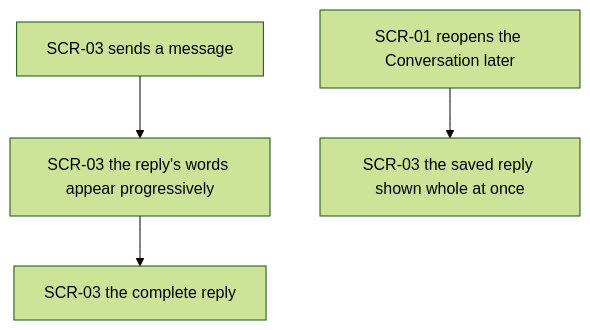
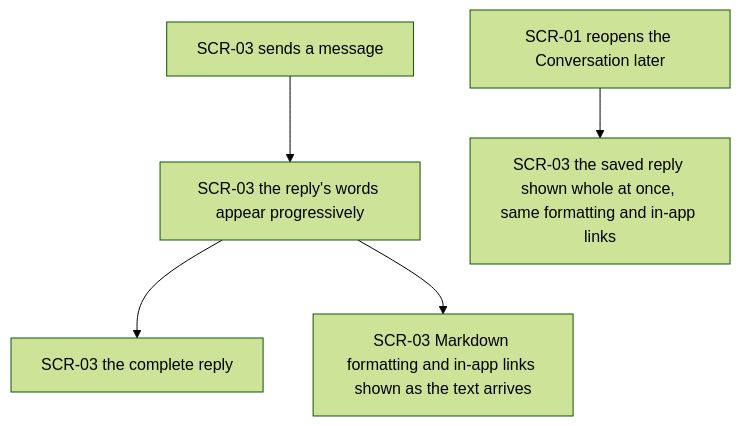
Before and after one commit to GopkoDev/invoiceForge: the tenth of 11 diagrams in docs/features/ai-chat-v2/ux-flows.md, drawn with Mermaid (forest theme). The commit also changed other lines of this file and 3 other files, not shown here.

First line of the commit message:
docs(ai-chat-v2): register QuestionForm, ConversationListProvider and the Markdown MessageResponse; revise ux-flows for the form (T69)

````diff
--- a/docs/features/ai-chat-v2/ux-flows.md
+++ b/docs/features/ai-chat-v2/ux-flows.md
@@ -217,6 +221,7 @@
 ```mermaid
 flowchart TD
     A["SCR-03 sends a message"] --> B["SCR-03 the reply's words appear progressively"]
     B --> C["SCR-03 the complete reply"]
-    D["SCR-01 reopens the Conversation later"] --> E["SCR-03 the saved reply shown whole at once"]
+    B --> F["SCR-03 Markdown formatting and in-app links shown as the text arrives"]
+    D["SCR-01 reopens the Conversation later"] --> E["SCR-03 the saved reply shown whole at once, same formatting and in-app links"]
 ```
````
